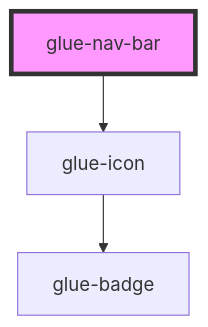
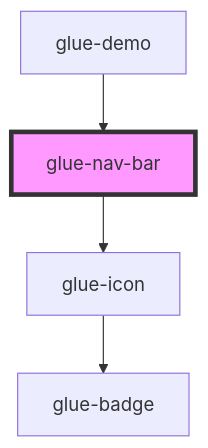
The diagram in packages/glue-components/src/components/glue-nav-bar/readme.md (grasilife/glue), drawn with Mermaid before and after one commit. The commit also changed other lines of this file and 8 other files, not shown here.

Commit message:
NavBar 导航栏更新文档和demo

````diff
--- a/packages/glue-components/src/components/glue-nav-bar/readme.md
+++ b/packages/glue-components/src/components/glue-nav-bar/readme.md
@@ -38,6 +42,7 @@
 ```mermaid
 graph TD;
   glue-nav-bar --> glue-icon
   glue-icon --> glue-badge
+  glue-demo --> glue-nav-bar
   style glue-nav-bar fill:#f9f,stroke:#333,stroke-width:4px
 ```
````
